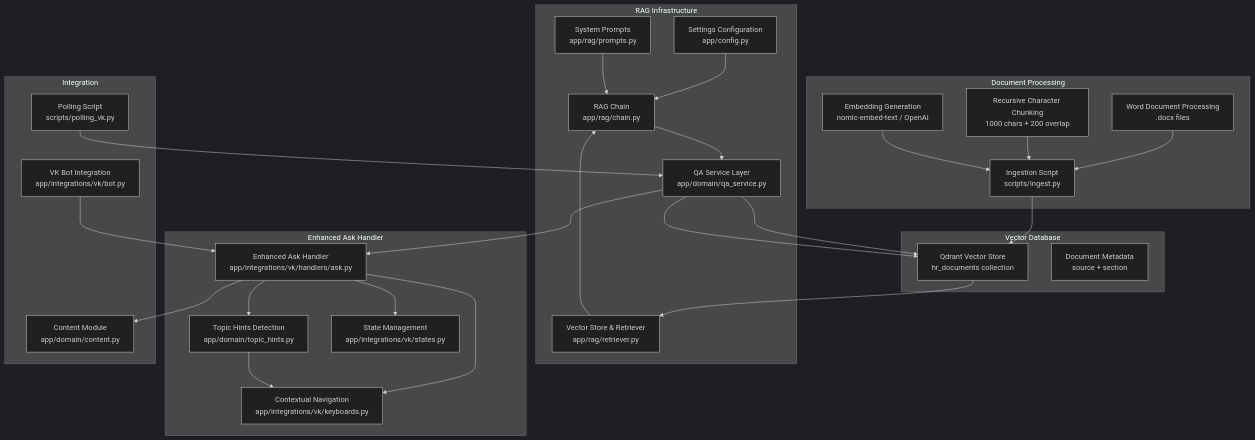
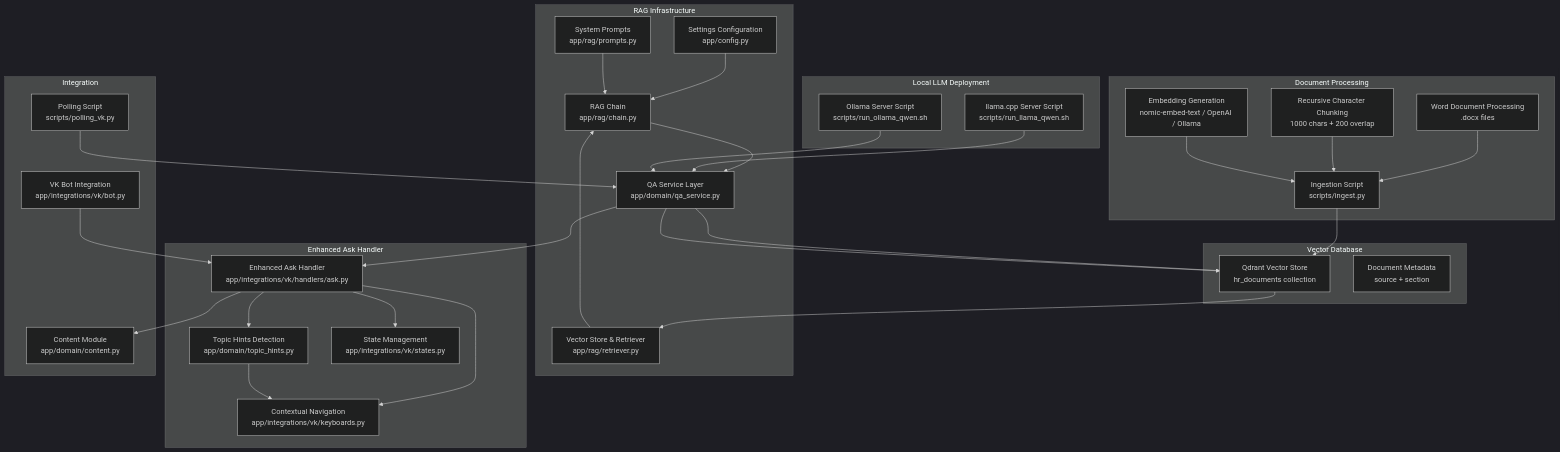
The first of 13 diagrams in .qoder/repowiki/en/content/RAG Integration.md (ognelis/cafetera_hr_bot), drawn with Mermaid (dark theme) before and after one commit. The commit also changed other lines of this file and 13 other files, not shown here.

````diff
--- a/.qoder/repowiki/en/content/RAG Integration.md
+++ b/.qoder/repowiki/en/content/RAG Integration.md
@@ -60,50 +65,56 @@
 ```mermaid
 graph TB
 subgraph "RAG Infrastructure"
 Config["Settings Configuration<br/>app/config.py"]
 Chain["RAG Chain<br/>app/rag/chain.py"]
 Prompts["System Prompts<br/>app/rag/prompts.py"]
 Retriever["Vector Store & Retriever<br/>app/rag/retriever.py"]
 QAService["QA Service Layer<br/>app/domain/qa_service.py"]
 end
 subgraph "Enhanced Ask Handler"
 AskHandler["Enhanced Ask Handler<br/>app/integrations/vk/handlers/ask.py"]
 TopicHints["Topic Hints Detection<br/>app/domain/topic_hints.py"]
 Keyboards["Contextual Navigation<br/>app/integrations/vk/keyboards.py"]
 States["State Management<br/>app/integrations/vk/states.py"]
 end
 subgraph "Document Processing"
 Ingest["Ingestion Script<br/>scripts/ingest.py"]
 Docx["Word Document Processing<br/>.docx files"]
 Chunking["Recursive Character Chunking<br/>1000 chars + 200 overlap"]
-Embeddings["Embedding Generation<br/>nomic-embed-text / OpenAI"]
+Embeddings["Embedding Generation<br/>nomic-embed-text / OpenAI / Ollama"]
 end
 subgraph "Vector Database"
 Qdrant["Qdrant Vector Store<br/>hr_documents collection"]
 Metadata["Document Metadata<br/>source + section"]
 end
 subgraph "Integration"
 VKBot["VK Bot Integration<br/>app/integrations/vk/bot.py"]
 Content["Content Module<br/>app/domain/content.py"]
 Polling["Polling Script<br/>scripts/polling_vk.py"]
+end
+subgraph "Local LLM Deployment"
+LlamaScript["llama.cpp Server Script<br/>scripts/run_llama_qwen.sh"]
+OllamaScript["Ollama Server Script<br/>scripts/run_ollama_qwen.sh"]
 end
 Config --> Chain
 Chain --> QAService
 Prompts --> Chain
 Retriever --> Chain
 QAService --> Qdrant
 AskHandler --> TopicHints
 AskHandler --> Keyboards
 AskHandler --> States
 TopicHints --> Keyboards
 QAService --> Qdrant
 Docx --> Ingest
 Chunking --> Ingest
 Embeddings --> Ingest
 Ingest --> Qdrant
 Qdrant --> Retriever
 VKBot --> AskHandler
 AskHandler --> Content
 QAService --> AskHandler
 Polling --> QAService
+LlamaScript --> QAService
+OllamaScript --> QAService
 ```
````
